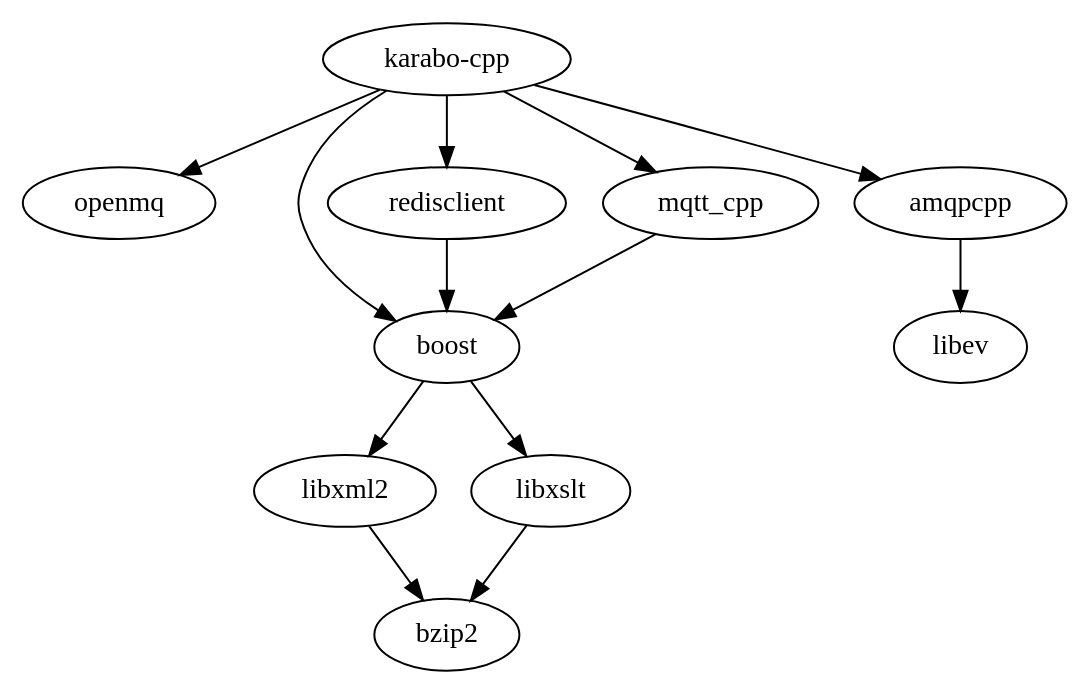
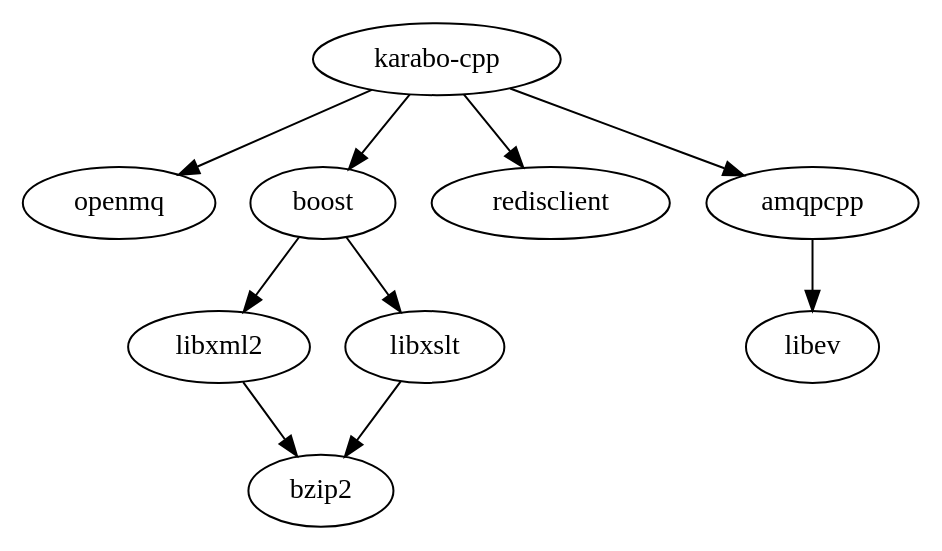
Before and after one commit to European-XFEL/Karabo: the second of 8 diagrams in doc/installation/dependency_management.rst, drawn with Graphviz. The commit also changed other lines of this file and 6 other files, not shown here.

```diff
--- a/doc/installation/dependency_management.rst
+++ b/doc/installation/dependency_management.rst
@@ -301,14 +297,11 @@
 .. digraph:: karabocpp_dependencies
 
     "karabo-cpp" -> "openmq"
     "karabo-cpp" -> "boost"
     "karabo-cpp" -> "redisclient"
     "karabo-cpp" -> "amqpcpp"
-    "karabo-cpp" -> "mqtt_cpp"
-    "mqtt_cpp" -> "boost"
-    "redisclient" -> "boost"
     "boost" -> "libxml2"
     "boost" -> "libxslt"
     "libxml2" -> "bzip2"
     "libxslt" -> "bzip2"
     "amqpcpp" -> "libev"
```
